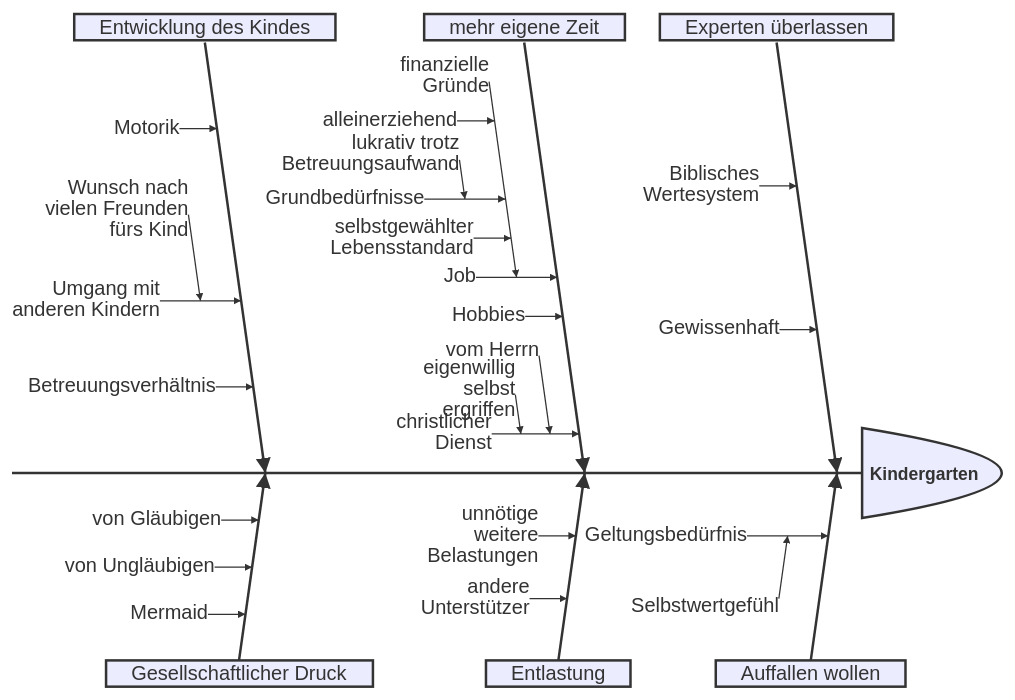
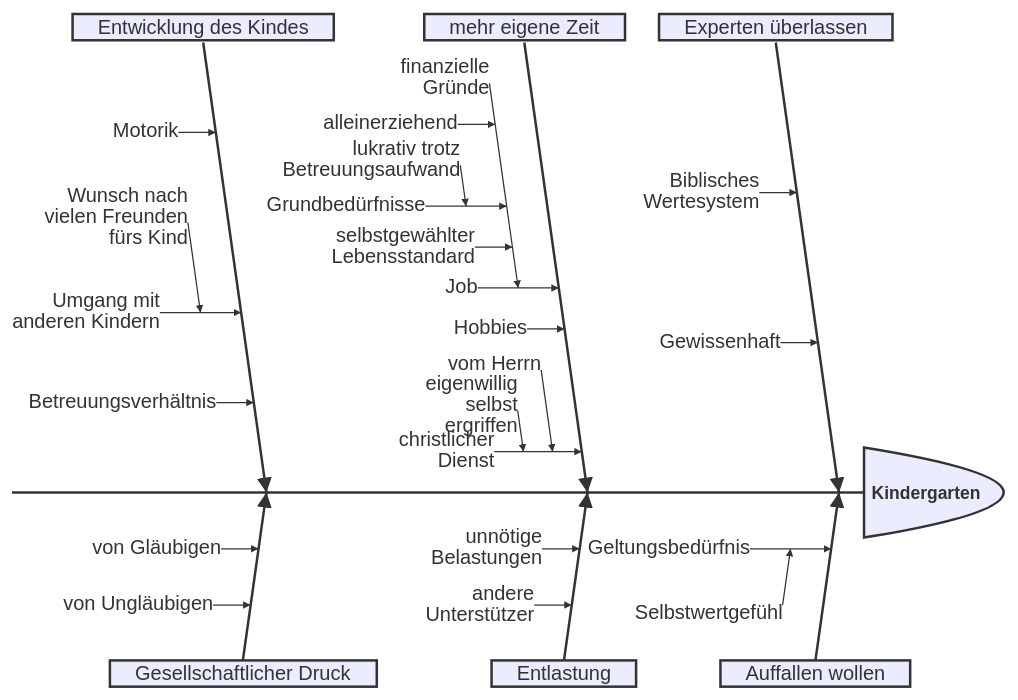
One commit to hafeja/now changed the second of 2 diagrams in jetzt/slides.md. Above: the diagram before and after it, drawn with Mermaid. The commit also changed other lines of this file and 4 other files, not shown here.

````diff
--- a/jetzt/slides.md
+++ b/jetzt/slides.md
@@ -378,33 +442,32 @@
-```mermaid {scale: 0.7}
+```mermaid {scale: 0.8}
 ishikawa-beta
     Kindergarten
     Experten überlassen
         Biblisches Wertesystem
         Gewissenhaft
     Auffallen wollen
         Geltungsbedürfnis
             Selbstwertgefühl
     mehr eigene Zeit
         Job
             finanzielle Gründe
                 alleinerziehend
                 Grundbedürfnisse
                     lukrativ trotz Betreuungsaufwand
                 selbstgewählter Lebensstandard
         Hobbies
         christlicher Dienst
           vom Herrn
           eigenwillig selbst ergriffen
     Entlastung
-      unnötige weitere Belastungen
+      unnötige Belastungen
       andere Unterstützer
     Entwicklung des Kindes
         Motorik
         Umgang mit anderen Kindern
             Wunsch nach vielen Freunden fürs Kind
         Betreuungsverhältnis
     Gesellschaftlicher Druck
         von Gläubigen
         von Ungläubigen
-      Mermaid
 ```
````
